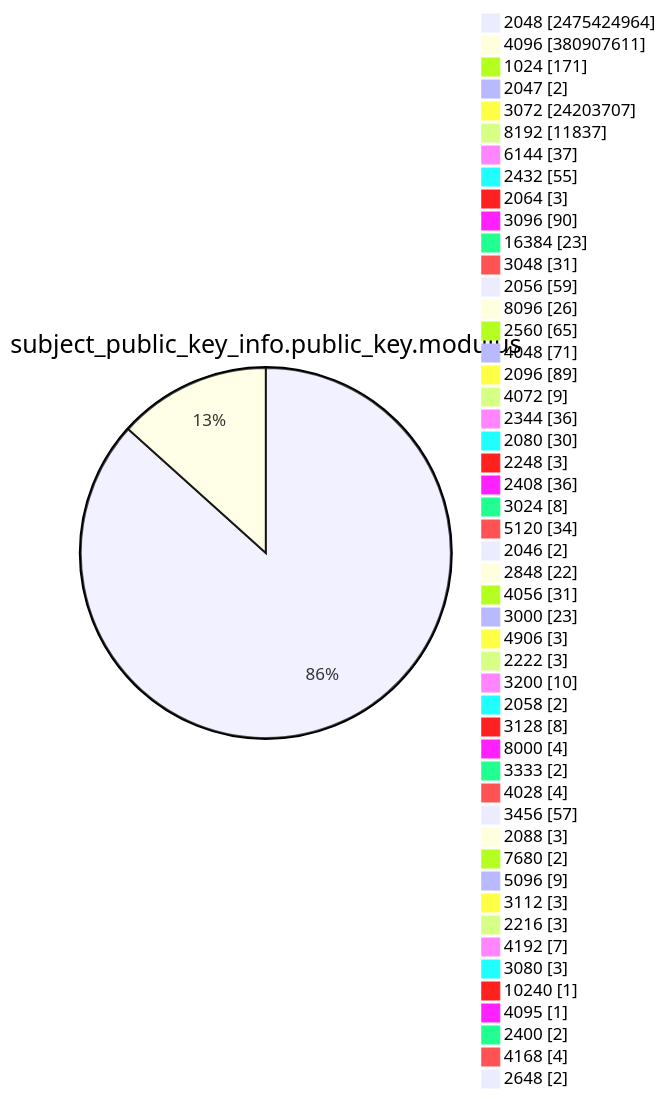
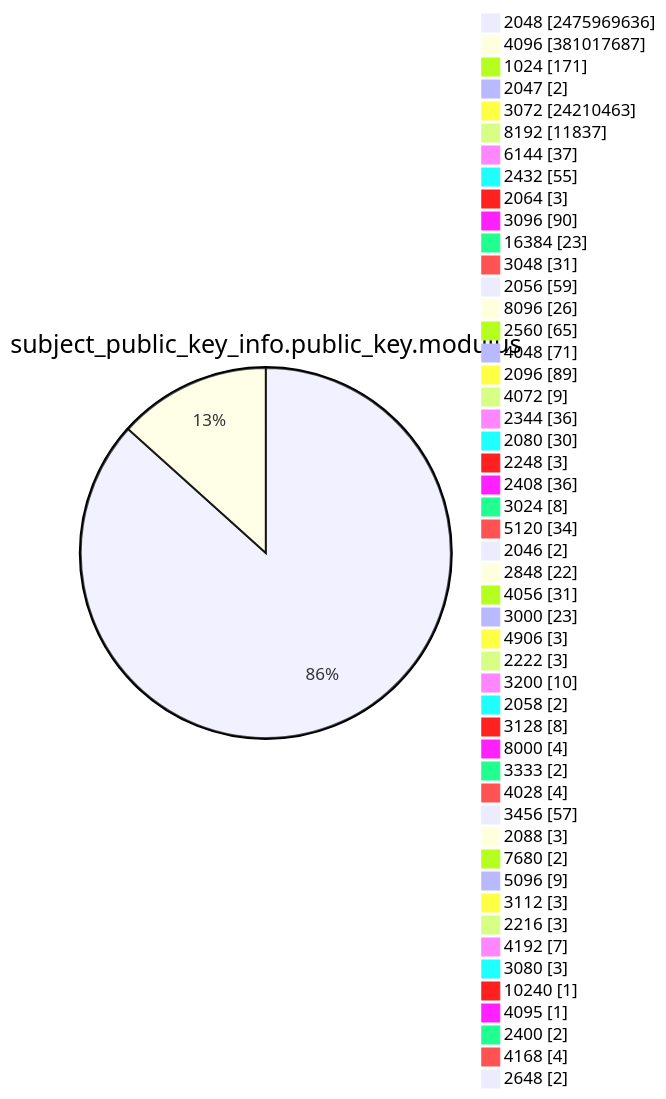
Diagram 13 of 15 in TOTAL/README.md (christiankrug/ctmonitor_visualization), drawn with Mermaid before and after one commit. The commit also changed other lines of this file, not shown here.

````diff
--- a/TOTAL/README.md
+++ b/TOTAL/README.md
@@ -4168,53 +4168,53 @@
 ```mermaid
 pie showData
 title subject_public_key_info.public_key.modulus
-"2048" :2475424964
-"4096" :380907611
+"2048" :2475969636
+"4096" :381017687
 "1024" :171
 "2047" :2
-"3072" :24203707
+"3072" :24210463
 "8192" :11837
 "6144" :37
 "2432" :55
 "2064" :3
 "3096" :90
 "16384" :23
 "3048" :31
 "2056" :59
 "8096" :26
 "2560" :65
 "4048" :71
 "2096" :89
 "4072" :9
 "2344" :36
 "2080" :30
 "2248" :3
 "2408" :36
 "3024" :8
 "5120" :34
 "2046" :2
 "2848" :22
 "4056" :31
 "3000" :23
 "4906" :3
 "2222" :3
 "3200" :10
 "2058" :2
 "3128" :8
 "8000" :4
 "3333" :2
 "4028" :4
 "3456" :57
 "2088" :3
 "7680" :2
 "5096" :9
 "3112" :3
 "2216" :3
 "4192" :7
 "3080" :3
 "10240" :1
 "4095" :1
 "2400" :2
 "4168" :4
 "2648" :2
 ```
````
